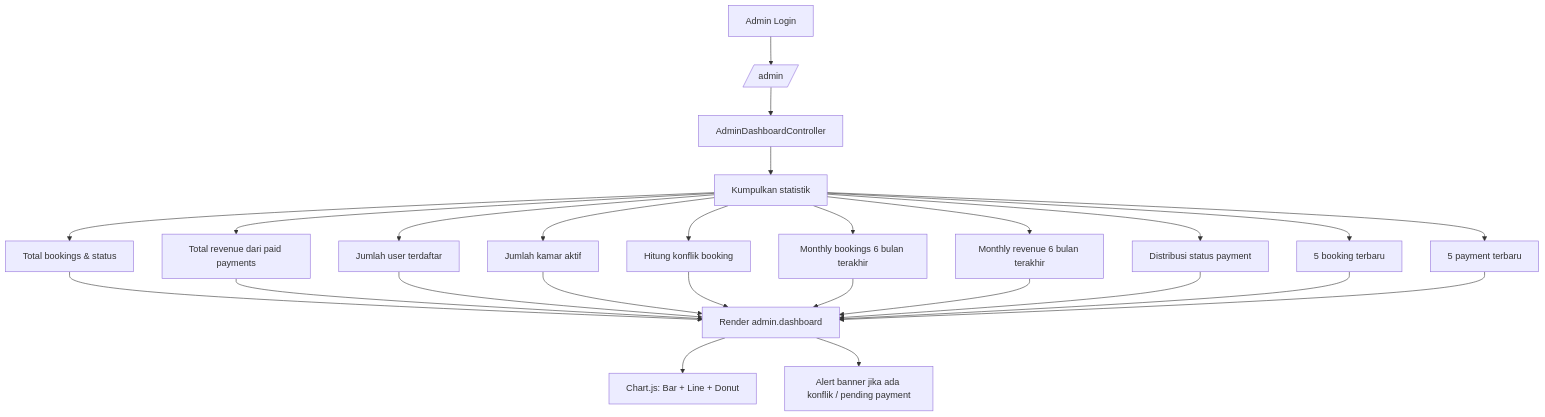
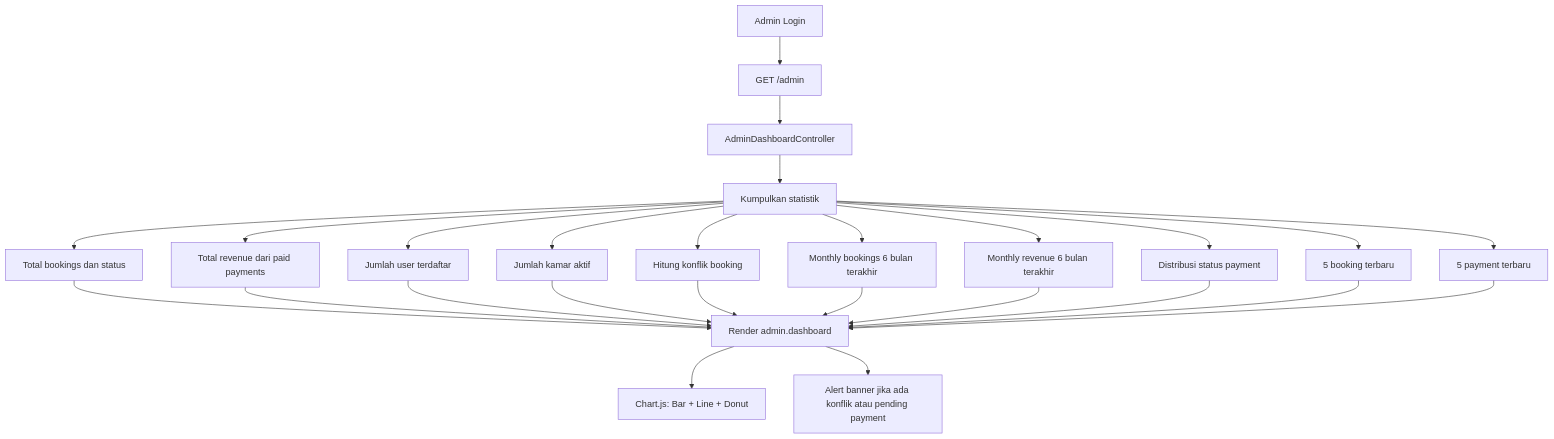
One commit to Reefaai/bestay changed the fourth of 10 diagrams in docs/flow.md. Above: the diagram before and after it, drawn with Mermaid. The commit also changed other lines of this file, not shown here.

````diff
--- a/docs/flow.md
+++ b/docs/flow.md
@@ -199,21 +199,30 @@
 ```mermaid
 flowchart TD
-    A[Admin Login] --> B[/admin/]
+    A[Admin Login] --> B["GET /admin"]
     B --> C[AdminDashboardController]
     C --> D[Kumpulkan statistik]
 
-    D --> D1[Total bookings & status]
+    D --> D1[Total bookings dan status]
     D --> D2[Total revenue dari paid payments]
     D --> D3[Jumlah user terdaftar]
     D --> D4[Jumlah kamar aktif]
     D --> D5[Hitung konflik booking]
     D --> D6[Monthly bookings 6 bulan terakhir]
     D --> D7[Monthly revenue 6 bulan terakhir]
     D --> D8[Distribusi status payment]
     D --> D9[5 booking terbaru]
     D --> D10[5 payment terbaru]
 
-    D1 & D2 & D3 & D4 & D5 & D6 & D7 & D8 & D9 & D10 --> E[Render admin.dashboard]
-    E --> F[Chart.js: Bar + Line + Donut]
-    E --> G[Alert banner jika ada konflik / pending payment]
+    D1 --> E[Render admin.dashboard]
+    D2 --> E
+    D3 --> E
+    D4 --> E
+    D5 --> E
+    D6 --> E
+    D7 --> E
+    D8 --> E
+    D9 --> E
+    D10 --> E
+    E --> F["Chart.js: Bar + Line + Donut"]
+    E --> G[Alert banner jika ada konflik atau pending payment]
 ```
````
